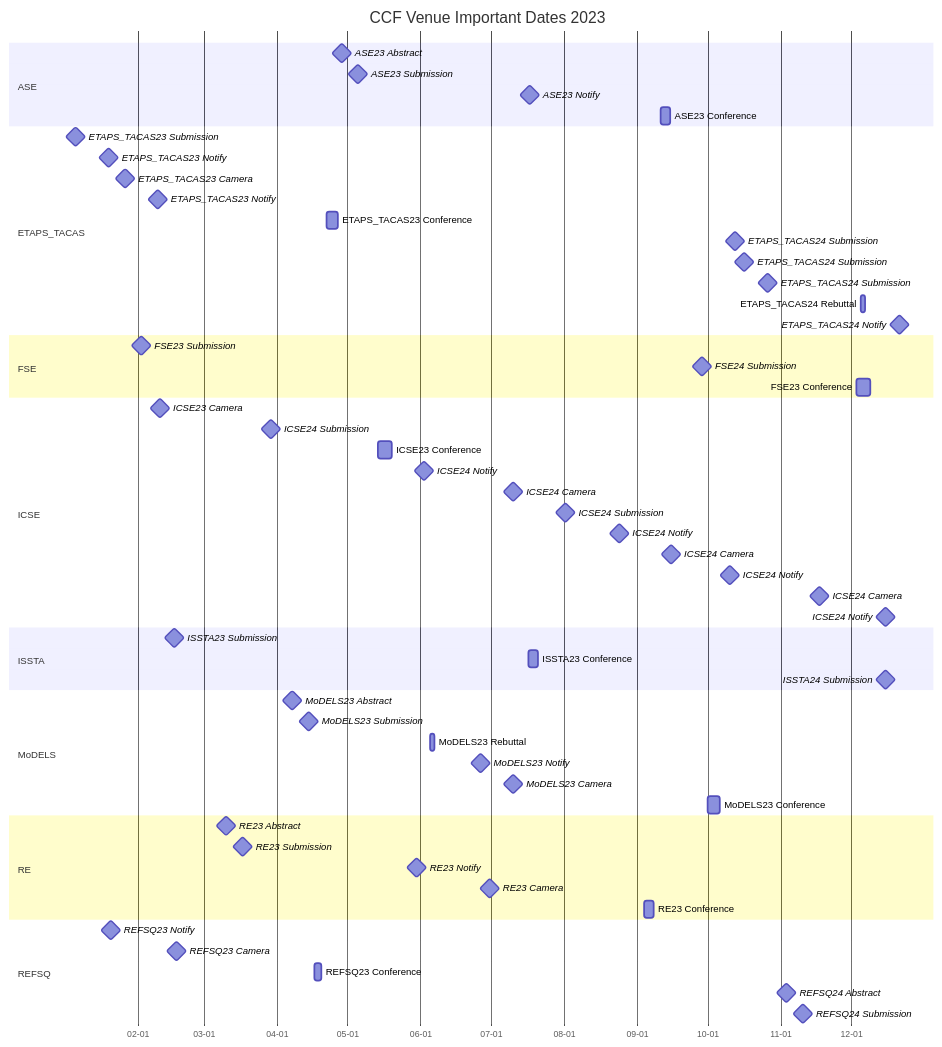
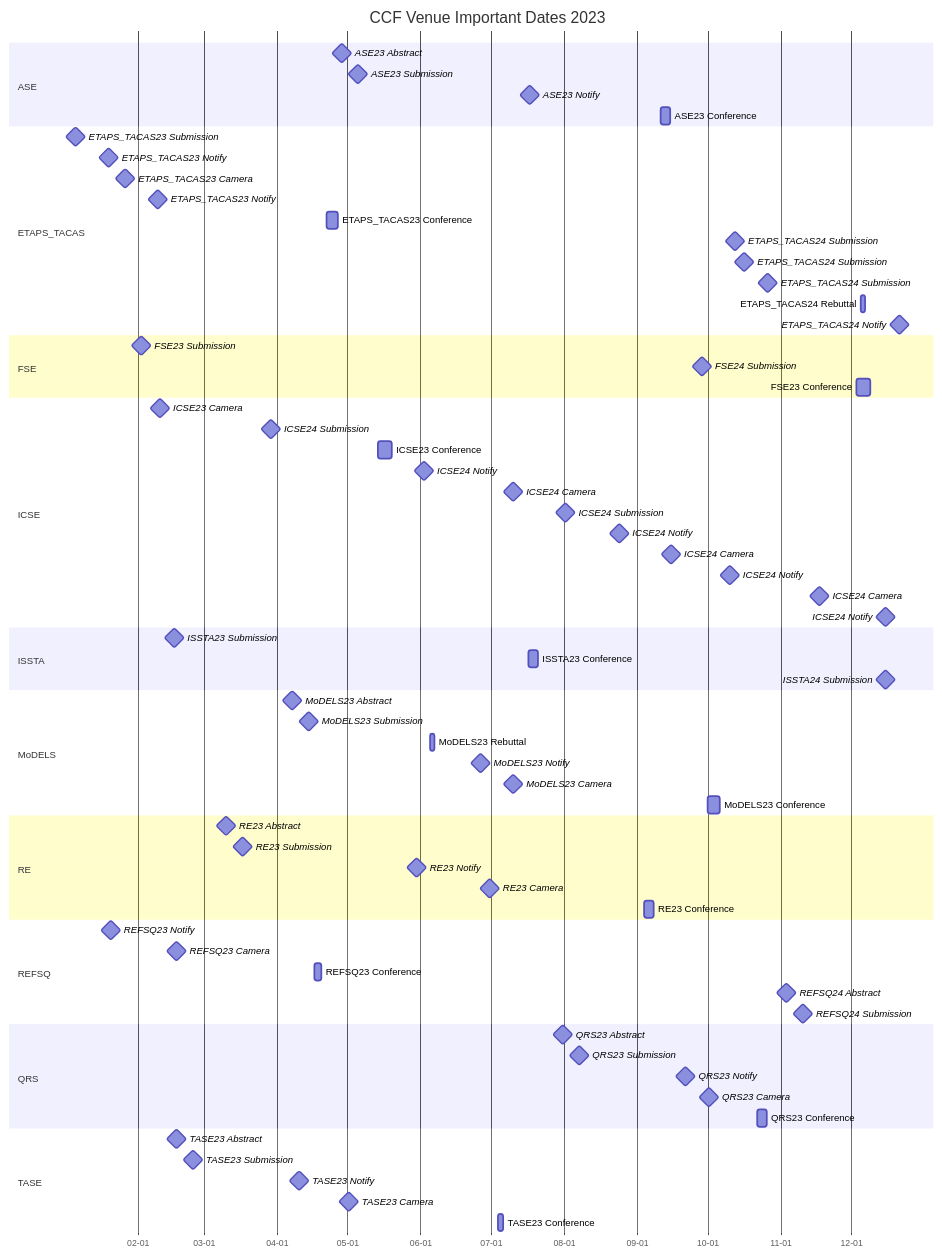
One commit to HansBug/research_ideas changed the sixth of 9 diagrams in ccf_venues/TIMELINE.md. Above: the diagram before and after it, drawn with Mermaid. The commit also changed other lines of this file and 35 other files, not shown here.

````diff
--- a/ccf_venues/TIMELINE.md
+++ b/ccf_venues/TIMELINE.md
@@ -797,4 +883,18 @@
   REFSQ24 Abstract :milestone, refsq_2023_4_20231103, 2023-11-03, 1d
   REFSQ24 Submission :milestone, refsq_2023_5_20231110, 2023-11-10, 1d
 
+
+  section QRS
+  QRS23 Abstract :milestone, qrs_2023_1_20230731, 2023-07-31, 1d
+  QRS23 Submission :milestone, qrs_2023_2_20230807, 2023-08-07, 1d
+  QRS23 Notify :milestone, qrs_2023_3_20230921, 2023-09-21, 1d
+  QRS23 Camera :milestone, qrs_2023_4_20231001, 2023-10-01, 1d
+  QRS23 Conference :qrs_2023_5_20231022, 2023-10-22, 2023-10-26
+
+  section TASE
+  TASE23 Abstract :milestone, tase_2023_1_20230217, 2023-02-17, 1d
+  TASE23 Submission :milestone, tase_2023_2_20230224, 2023-02-24, 1d
+  TASE23 Notify :milestone, tase_2023_3_20230410, 2023-04-10, 1d
+  TASE23 Camera :milestone, tase_2023_4_20230501, 2023-05-01, 1d
+  TASE23 Conference :tase_2023_5_20230704, 2023-07-04, 2023-07-06
 ```
````
